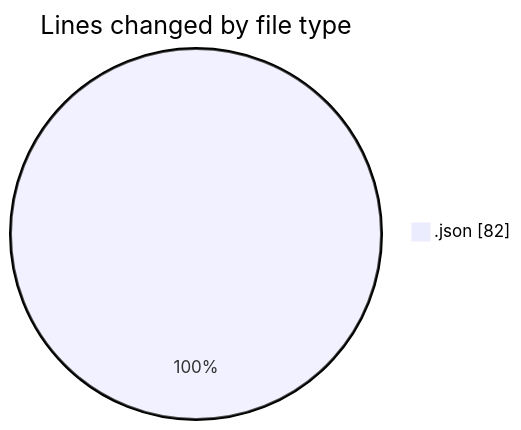
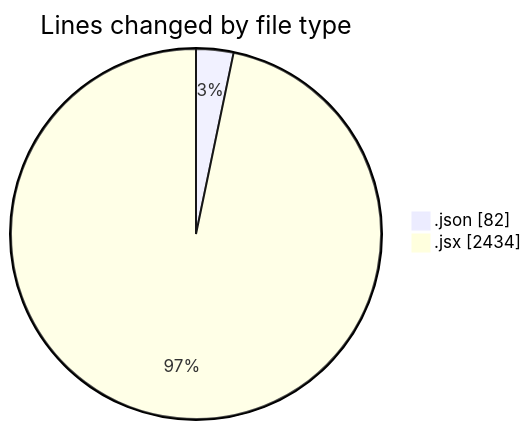
The first of 2 diagrams in 2026-11-18/nashik-misal-queue/README.md (nxtqubesakshisongat/code-tracking), drawn with Mermaid before and after one commit. The commit also changed other lines of this file and 1 other file, not shown here.

````diff
--- a/2026-11-18/nashik-misal-queue/README.md
+++ b/2026-11-18/nashik-misal-queue/README.md
@@ -20,5 +23,6 @@
 ```mermaid
 pie showData
 title Lines changed by file type
 ".json" : 82
+".jsx" : 2434
 ```
````
